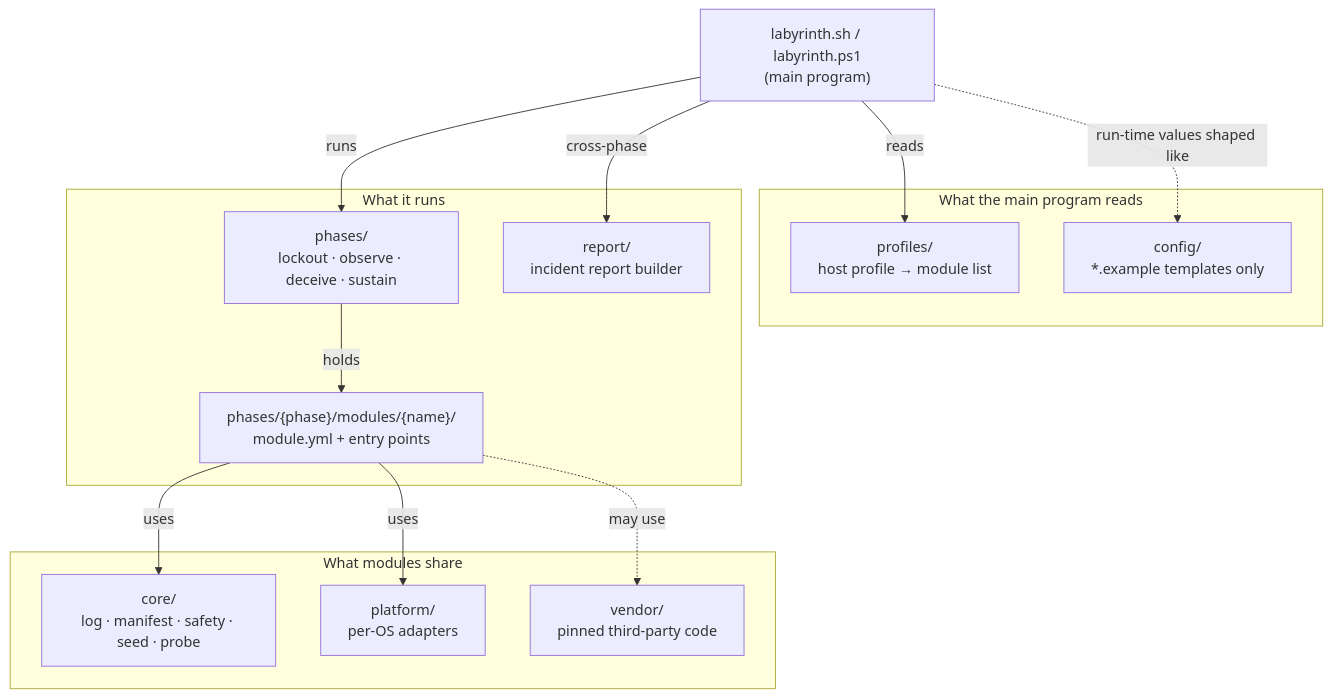
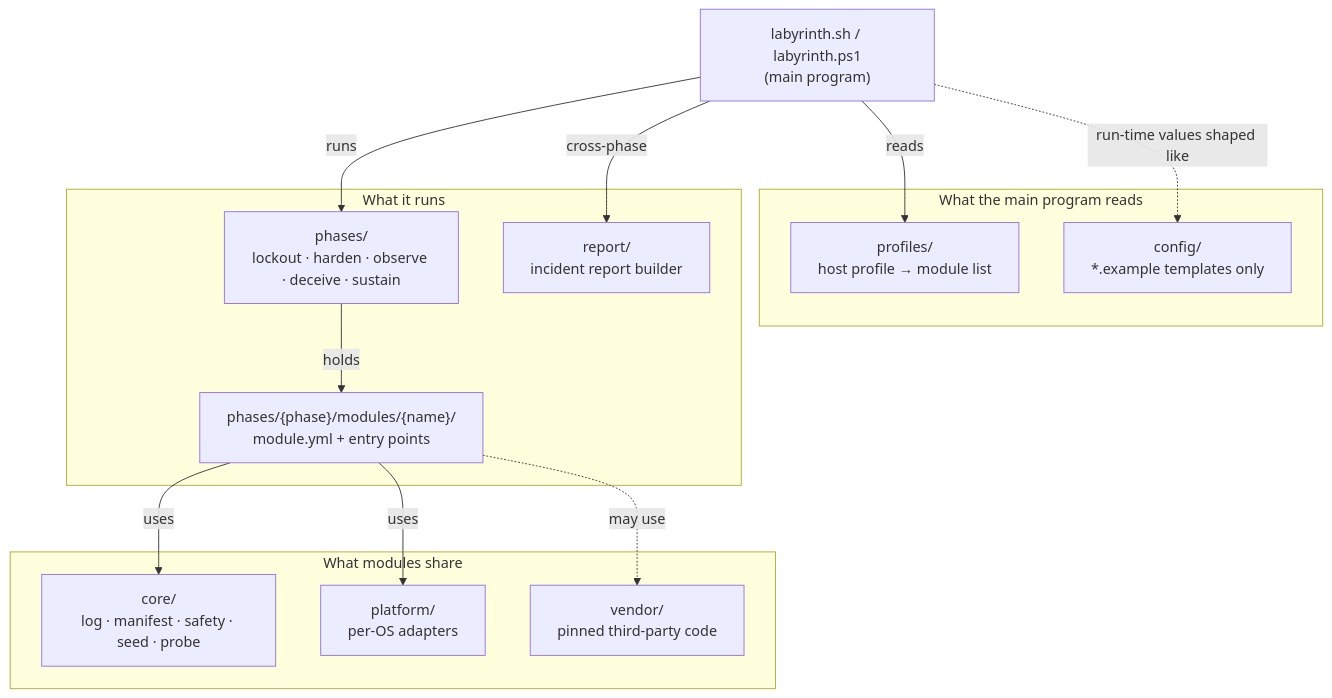
One commit to dotnetdork/Labyrinth changed the second of 3 diagrams in docs/design/00-Module-Contract-and-Layout.md. Above: the diagram before and after it, drawn with Mermaid. The commit also changed other lines of this file and 33 other files, not shown here.

````diff
--- a/docs/design/00-Module-Contract-and-Layout.md
+++ b/docs/design/00-Module-Contract-and-Layout.md
@@ -82,26 +89,26 @@
 ```mermaid
 flowchart TD
     MAIN["labyrinth.sh / labyrinth.ps1<br/>(main program)"]
     subgraph inputs["What the main program reads"]
         PROF["profiles/<br/>host profile → module list"]
         CFG["config/<br/>*.example templates only"]
     end
     subgraph work["What it runs"]
-        PH["phases/<br/>lockout · observe · deceive · sustain"]
+        PH["phases/<br/>lockout · harden · observe · deceive · sustain"]
         MOD["phases/{phase}/modules/{name}/<br/>module.yml + entry points"]
         REP["report/<br/>incident report builder"]
     end
     subgraph shared["What modules share"]
         CORE["core/<br/>log · manifest · safety · seed · probe"]
         PLAT["platform/<br/>per-OS adapters"]
         VEN["vendor/<br/>pinned third-party code"]
     end
     MAIN -->|reads| PROF
     MAIN -->|runs| PH
     PH -->|holds| MOD
     MOD -->|uses| CORE
     MOD -->|uses| PLAT
     MOD -.->|may use| VEN
     MAIN -.->|run-time values shaped like| CFG
     MAIN -->|cross-phase| REP
 ```
````
